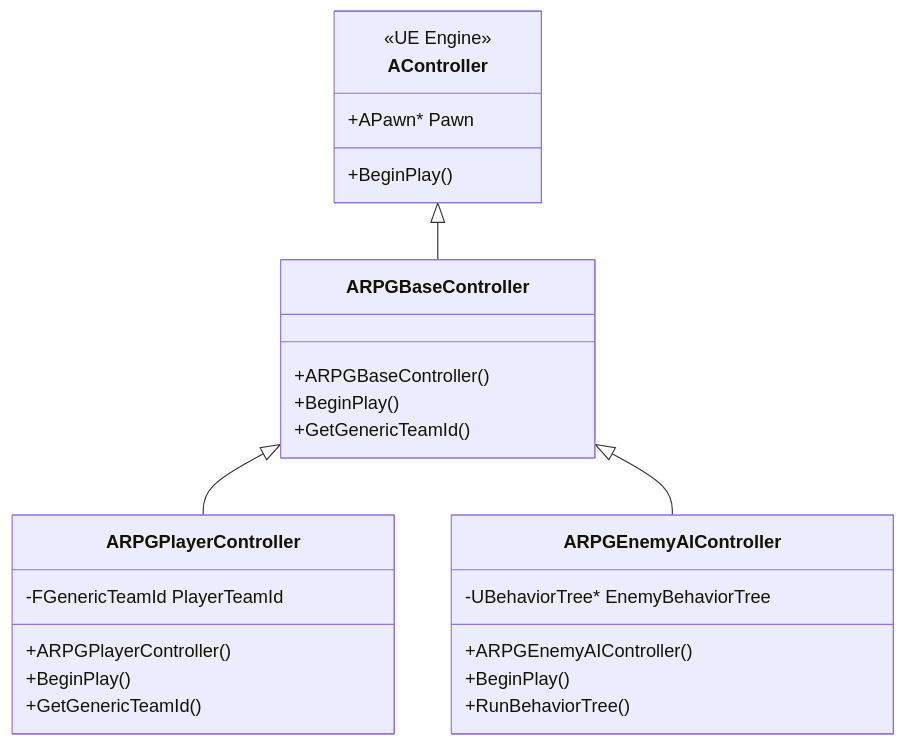
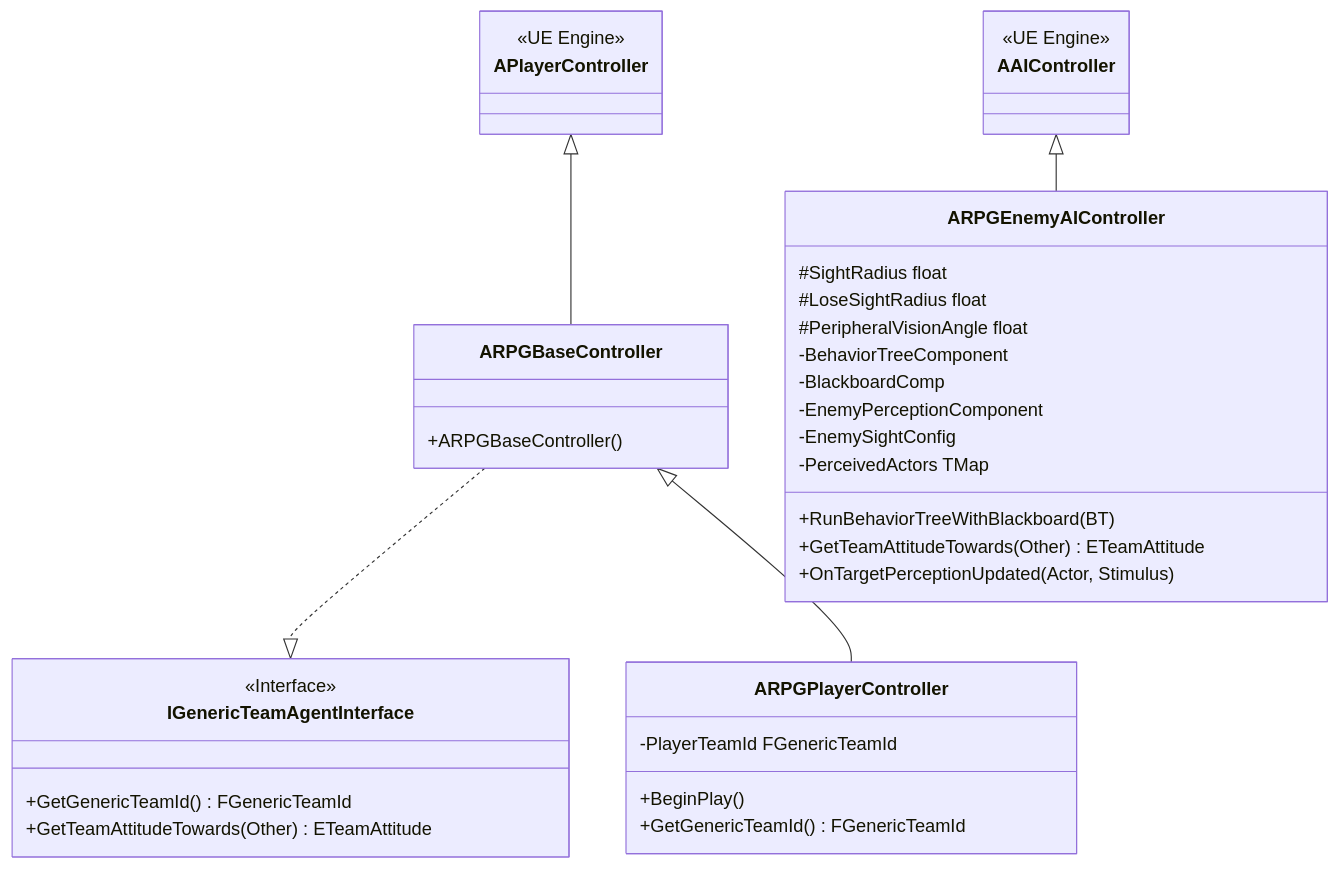
Before and after one commit to ARK31415/RPG: the fourth of 12 diagrams in Source/Docs/SummaryDesign.md, drawn with Mermaid. The commit also changed other lines of this file and 11 other files, not shown here.

````diff
--- a/Source/Docs/SummaryDesign.md
+++ b/Source/Docs/SummaryDesign.md
@@ -218,32 +246,45 @@
 ```mermaid
 classDiagram
-    class AController {
+    class APlayerController {
         <<UE Engine>>
-        +APawn* Pawn
-        +BeginPlay()
+    }
+    
+    class AAIController {
+        <<UE Engine>>
+    }
+    
+    class IGenericTeamAgentInterface {
+        <<Interface>>
+        +GetGenericTeamId() FGenericTeamId
+        +GetTeamAttitudeTowards(Other) ETeamAttitude
     }
     
     class ARPGBaseController {
         +ARPGBaseController()
-        +BeginPlay()
-        +GetGenericTeamId()
     }
     
     class ARPGPlayerController {
-        +ARPGPlayerController()
         +BeginPlay()
-        +GetGenericTeamId()
-        -FGenericTeamId PlayerTeamId
+        +GetGenericTeamId() FGenericTeamId
+        -PlayerTeamId FGenericTeamId
     }
     
     class ARPGEnemyAIController {
-        +ARPGEnemyAIController()
-        +BeginPlay()
-        +RunBehaviorTree()
-        -UBehaviorTree* EnemyBehaviorTree
+        +RunBehaviorTreeWithBlackboard(BT)
+        +GetTeamAttitudeTowards(Other) ETeamAttitude
+        +OnTargetPerceptionUpdated(Actor, Stimulus)
+        #SightRadius float
+        #LoseSightRadius float
+        #PeripheralVisionAngle float
+        -BehaviorTreeComponent
+        -BlackboardComp
+        -EnemyPerceptionComponent
+        -EnemySightConfig
+        -PerceivedActors TMap
     }
     
-    AController <|-- ARPGBaseController
+    APlayerController <|-- ARPGBaseController
+    ARPGBaseController ..|> IGenericTeamAgentInterface
     ARPGBaseController <|-- ARPGPlayerController
-    ARPGBaseController <|-- ARPGEnemyAIController
+    AAIController <|-- ARPGEnemyAIController
 ```
````
